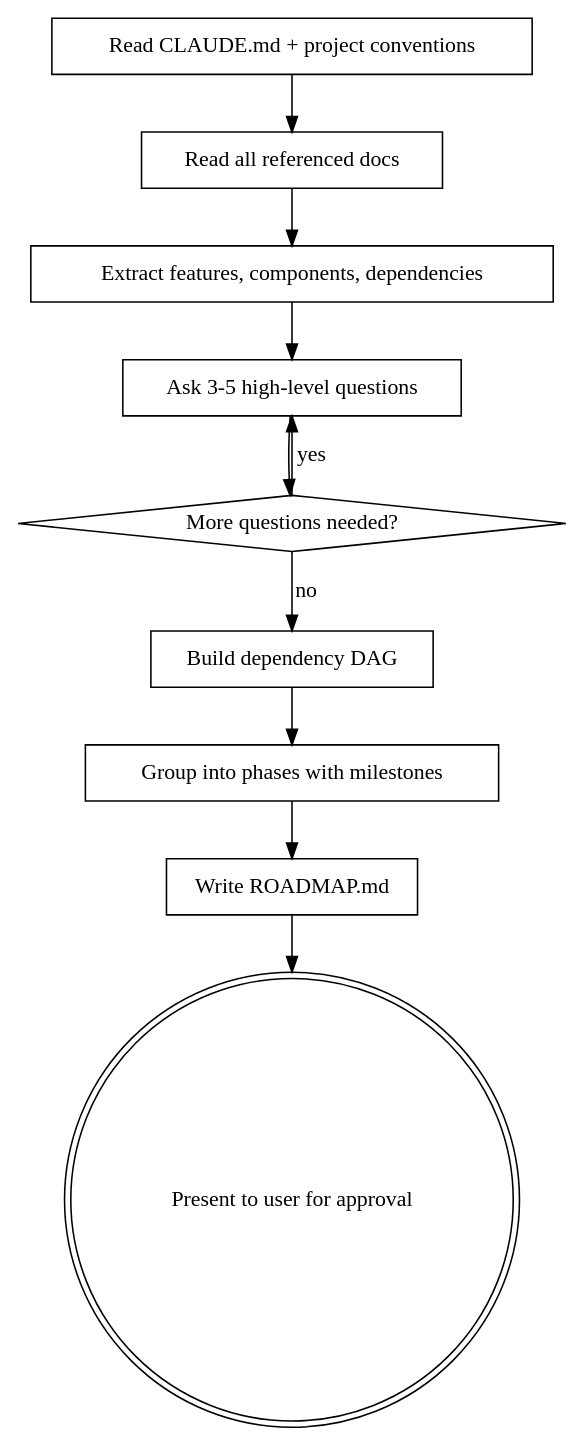
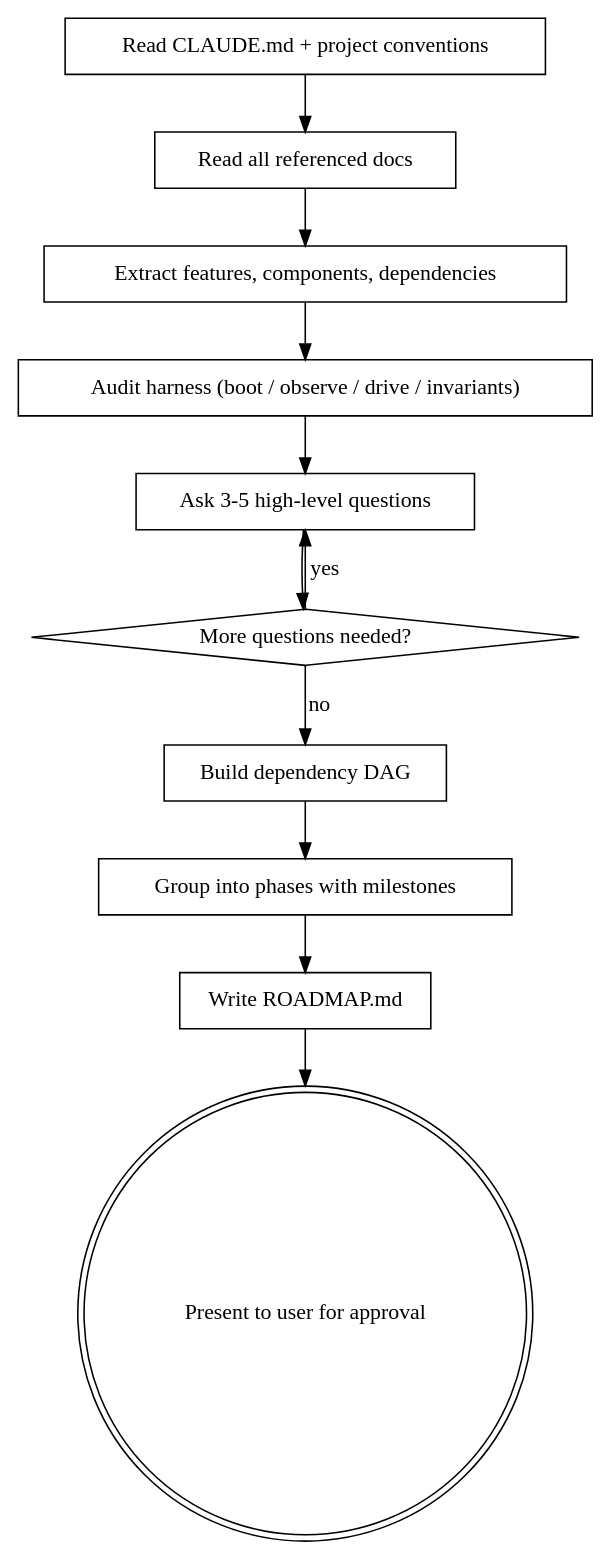
The diagram in skills/generate-roadmap/SKILL.md (JonFermin/vibecoding), drawn with Graphviz before and after one commit. The commit also changed other lines of this file and 11 other files, not shown here.

````diff
--- a/skills/generate-roadmap/SKILL.md
+++ b/skills/generate-roadmap/SKILL.md
@@ -28,23 +30,25 @@
 ```dot
 digraph generate_roadmap {
     "Read CLAUDE.md + project conventions" [shape=box];
     "Read all referenced docs" [shape=box];
     "Extract features, components, dependencies" [shape=box];
     "Ask 3-5 high-level questions" [shape=box];
     "More questions needed?" [shape=diamond];
     "Build dependency DAG" [shape=box];
     "Group into phases with milestones" [shape=box];
     "Write ROADMAP.md" [shape=box];
     "Present to user for approval" [shape=doublecircle];
 
     "Read CLAUDE.md + project conventions" -> "Read all referenced docs";
     "Read all referenced docs" -> "Extract features, components, dependencies";
-    "Extract features, components, dependencies" -> "Ask 3-5 high-level questions";
+    "Audit harness (boot / observe / drive / invariants)" [shape=box];
+    "Extract features, components, dependencies" -> "Audit harness (boot / observe / drive / invariants)";
+    "Audit harness (boot / observe / drive / invariants)" -> "Ask 3-5 high-level questions";
     "Ask 3-5 high-level questions" -> "More questions needed?";
     "More questions needed?" -> "Ask 3-5 high-level questions" [label="yes"];
     "More questions needed?" -> "Build dependency DAG" [label="no"];
     "Build dependency DAG" -> "Group into phases with milestones";
     "Group into phases with milestones" -> "Write ROADMAP.md";
     "Write ROADMAP.md" -> "Present to user for approval";
 }
 ```
````
